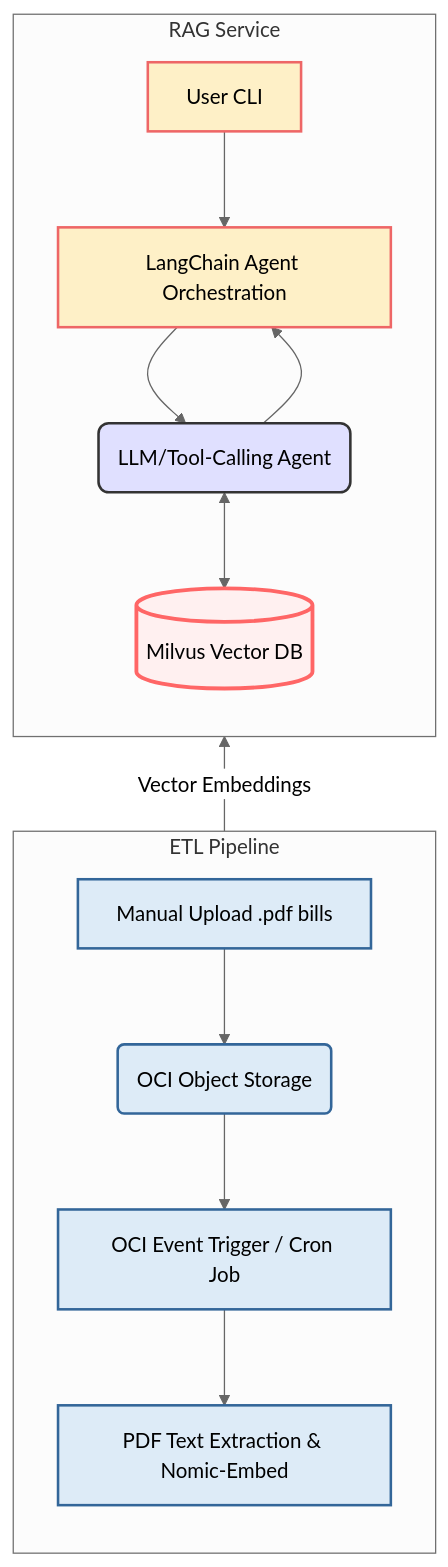
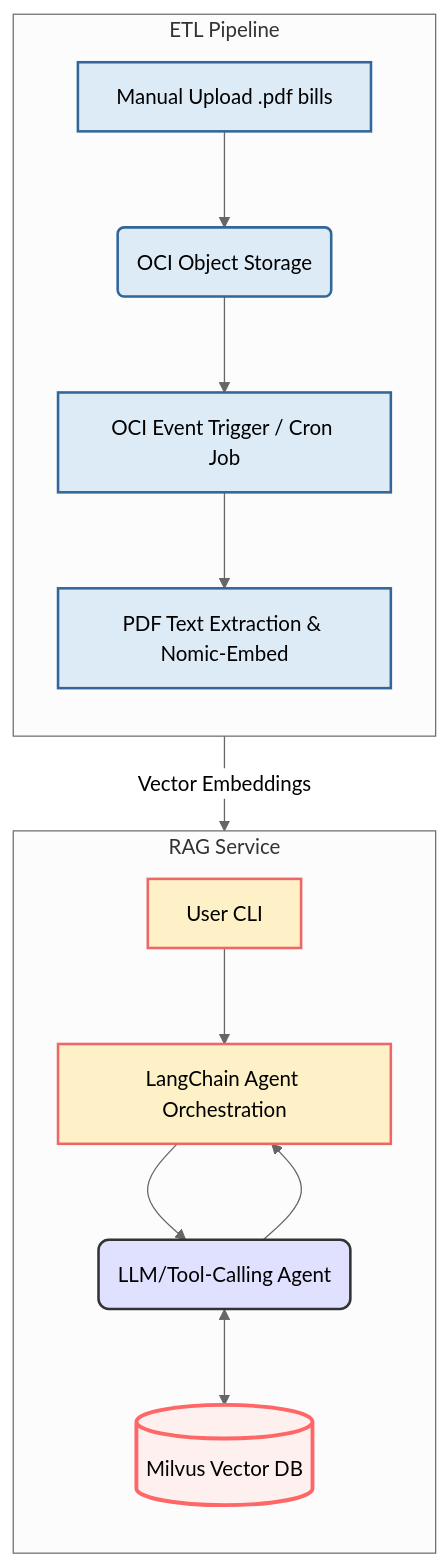
The diagram in README.md (Alvan-Dmello/Intelligent-Utility-Bill-RAG), drawn with Mermaid (neutral theme) before and after one commit.

````diff
--- a/README.md
+++ b/README.md
@@ -29,79 +29,79 @@
 ```mermaid
 
-graph BT
+graph TB
 
 classDef etl fill:#DDEBF7,stroke:#369,stroke-width:2px;
 
 classDef rag fill:#FEF0C7,stroke:#E66,stroke-width:2px;
 
 classDef db fill:#FCE9E9,stroke:#F00,stroke-width:3px;
 
 classDef interface fill:#E6FFED,stroke:#0A0;
 
 
 
 subgraph ETL Pipeline
 
 direction TB
 
 A[Manual Upload .pdf bills]:::interface
 
 B(OCI Object Storage)
 
 C[OCI Event Trigger / Cron Job]
 
 D[PDF Text Extraction & Nomic-Embed]
 
 
 
 A --> B --> C --> D;
 
 class A,B,C,D etl
 
 end
 
 
 
 subgraph RAG Service
 
 direction TB
 
 F[User CLI]:::interface
 
 I[LangChain Agent Orchestration]
 
 H(LLM/Tool-Calling Agent)
 
 E[(Milvus Vector DB)]:::db
 
 
 
 F --> I;
 
 I --> H;
 
 H <--> E;
 
 H --> I;
 
 
 
 class F,I,H rag
 
 end
 
 
 
 %% Link the two subgraphs
 
 D -- Vector Embeddings --> E;
 
 
 
 %% Explicitly style the DB and Agent for emphasis (optional, can be removed if classes are enough)
 
 style H fill:#E0E0FF,stroke:#333,stroke-width:2px,rx:8px,ry:8px
 
 style E fill:#FFF0F0,stroke:#F66,stroke-width:3px
 
 ```
````
